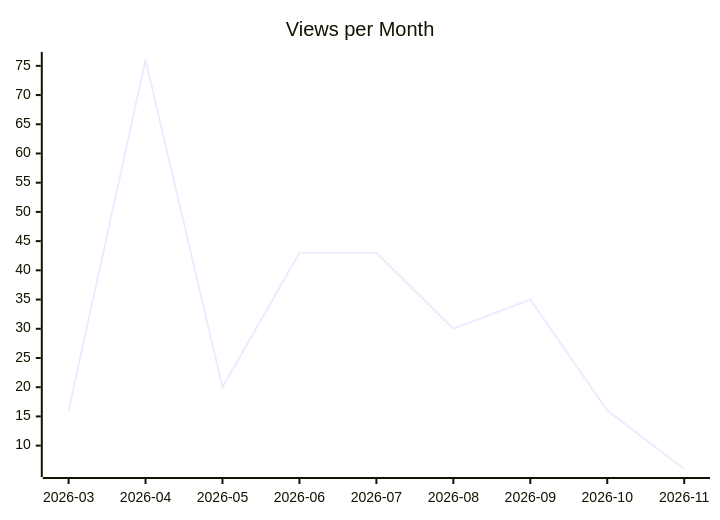
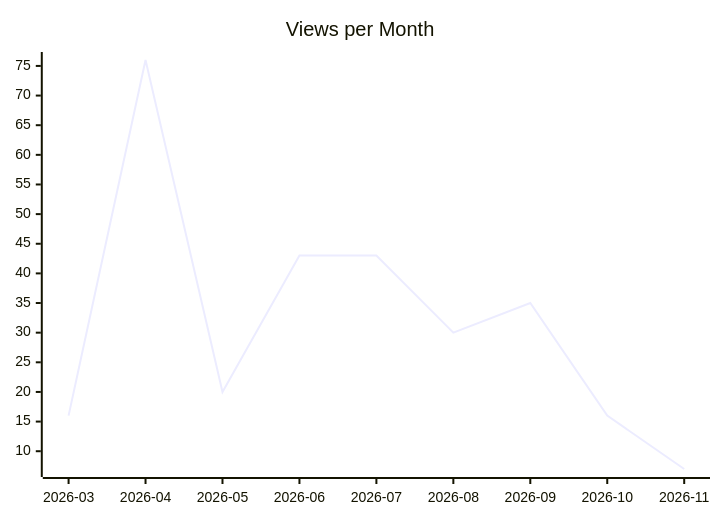
Before and after one commit to justdavis-family/github-analytics-data: the second of 3 diagrams in karlmdavis/ksoap2-android/README.md, drawn with Mermaid. The commit also changed other lines of this file and 191 other files, not shown here.

````diff
--- a/karlmdavis/ksoap2-android/README.md
+++ b/karlmdavis/ksoap2-android/README.md
@@ -12,6 +12,6 @@
 ```mermaid
 xychart-beta
   title "Views per Month"
   x-axis ["2026-03", "2026-04", "2026-05", "2026-06", "2026-07", "2026-08", "2026-09", "2026-10", "2026-11"]
-  line [16, 76, 20, 43, 43, 30, 35, 16, 6]
+  line [16, 76, 20, 43, 43, 30, 35, 16, 7]
 ```
````
